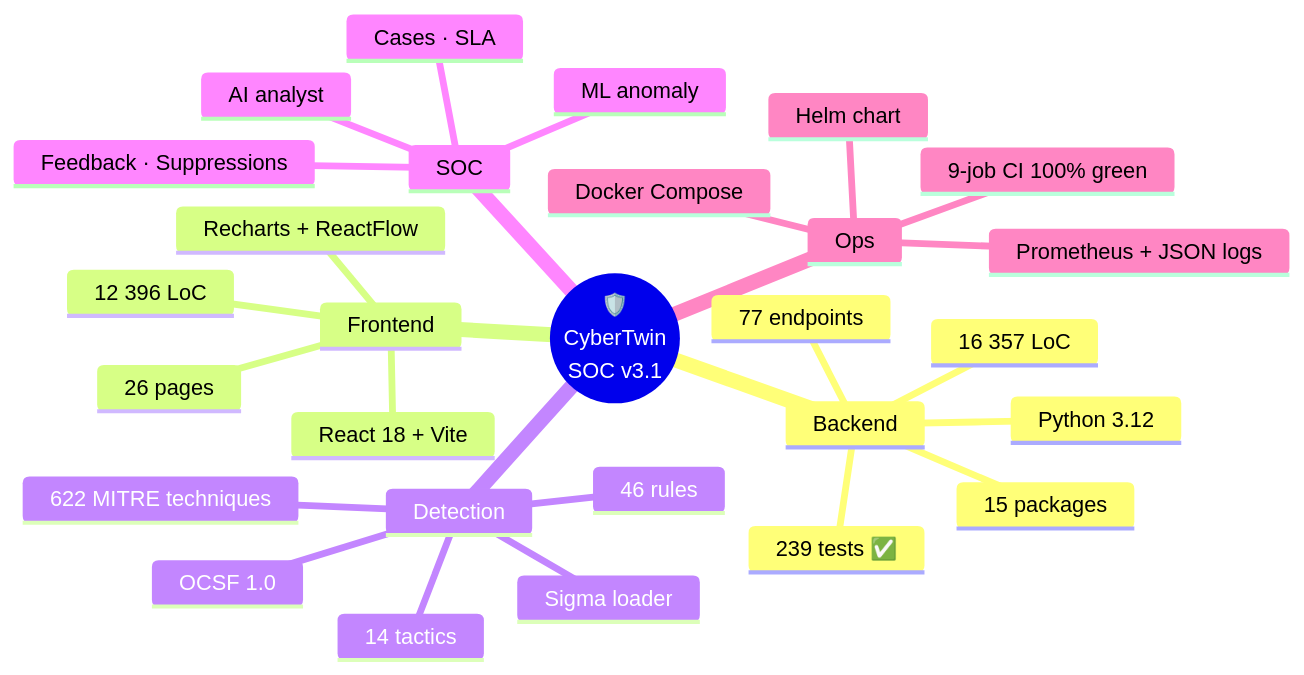
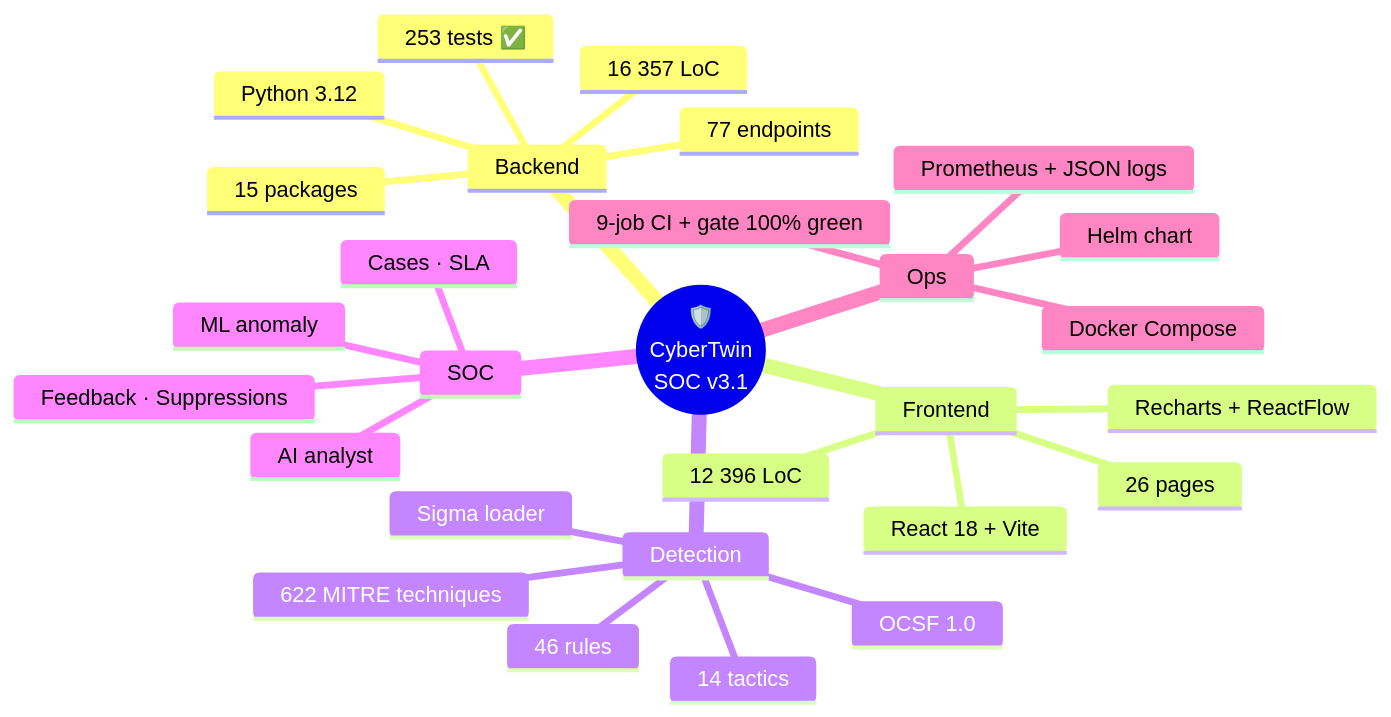
One commit to omarbabba779xx/CyberTwin-SOC changed the third of 19 diagrams in README.md. Above: the diagram before and after it, drawn with Mermaid. The commit also changed other lines of this file and 1 other file, not shown here.

````diff
--- a/README.md
+++ b/README.md
@@ -191,31 +200,31 @@
 ```mermaid
 mindmap
   root(("🛡️<br/>CyberTwin<br/>SOC v3.1"))
     Backend
       Python 3.12
       16 357 LoC
       15 packages
       77 endpoints
-      239 tests ✅
+      253 tests ✅
     Frontend
       React 18 + Vite
       12 396 LoC
       26 pages
       Recharts + ReactFlow
     Detection
       46 rules
       Sigma loader
       622 MITRE techniques
       14 tactics
       OCSF 1.0
     SOC
       Cases · SLA
       Feedback · Suppressions
       AI analyst
       ML anomaly
     Ops
       Docker Compose
       Helm chart
       Prometheus + JSON logs
-      9-job CI 100% green
+      9-job CI + gate 100% green
 ```
````
